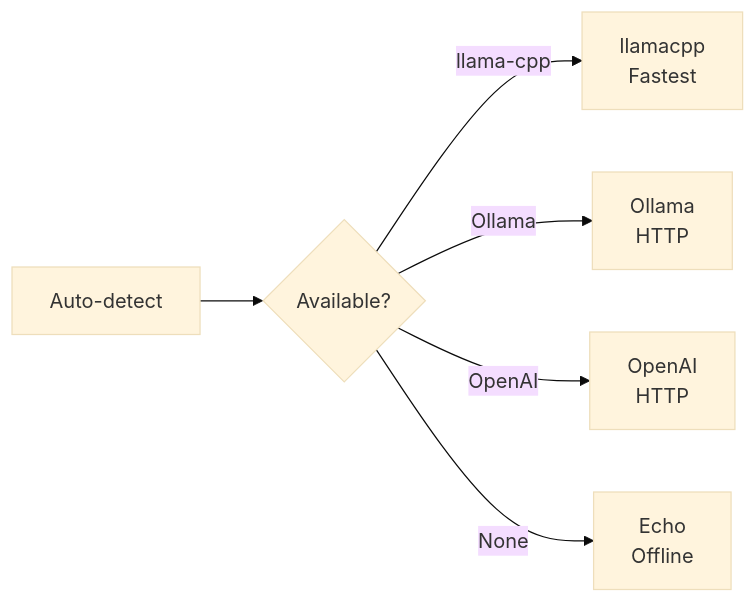
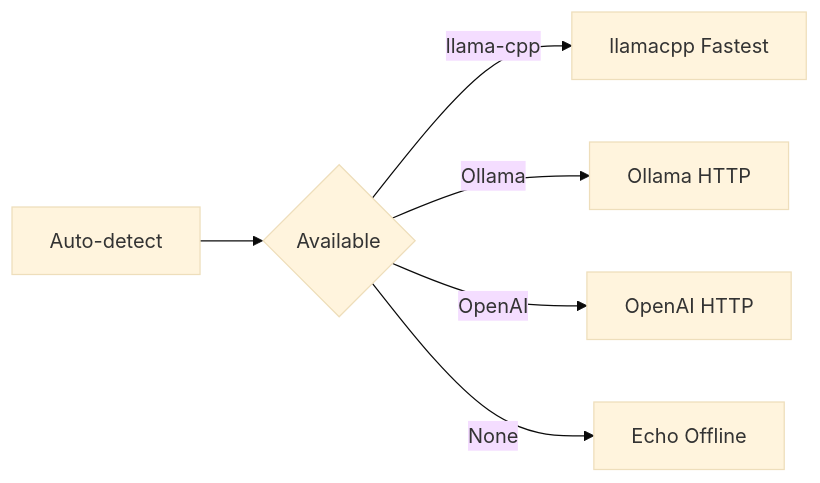
The fifth of 14 diagrams in README.md (rbkhan007/Photato-Phi-3-Custom-Model), drawn with Mermaid (base theme) before and after one commit. The commit also changed other lines of this file, not shown here.

Commit message:
fix Training Pipeline mermaid diagram rendering

````diff
--- a/README.md
+++ b/README.md
@@ -497,8 +524,8 @@
 ```mermaid
 flowchart LR
-    A[Auto-detect] --> B{Available?}
-    B -->|llama-cpp| C[llamacpp<br/>Fastest]
-    B -->|Ollama| D[Ollama<br/>HTTP]
-    B -->|OpenAI| E[OpenAI<br/>HTTP]
-    B -->|None| F[Echo<br/>Offline]
+    A[Auto-detect] --> B{Available}
+    B -->|llama-cpp| C[llamacpp Fastest]
+    B -->|Ollama| D[Ollama HTTP]
+    B -->|OpenAI| E[OpenAI HTTP]
+    B -->|None| F[Echo Offline]
 ```
````
